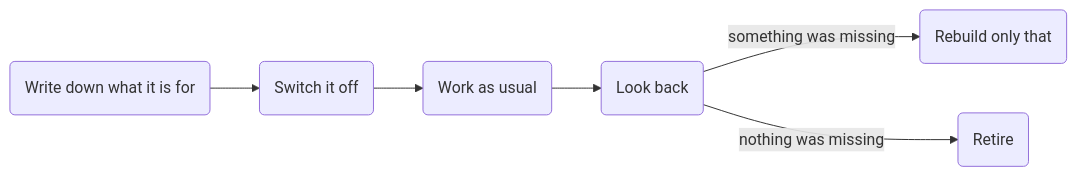
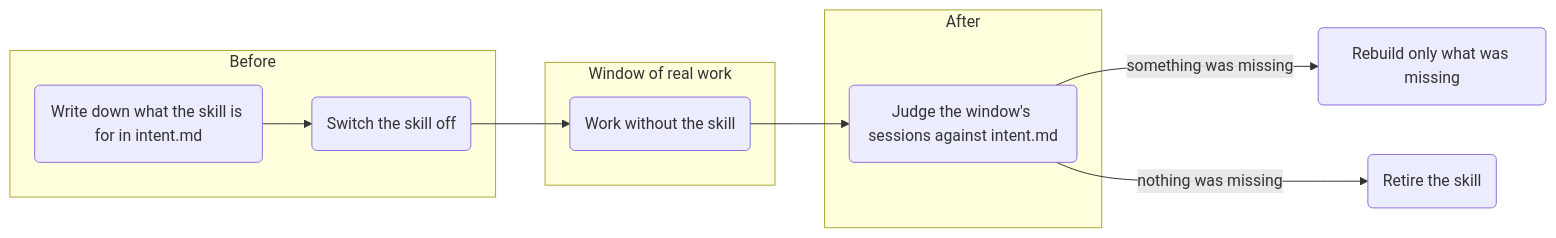
One commit to byMarcoVogt/skills changed the diagram in earn-its-place/README.md. Above: the diagram before and after it, drawn with Mermaid. The commit also changed other lines of this file and 4 other files, not shown here.

````diff
--- a/earn-its-place/README.md
+++ b/earn-its-place/README.md
@@ -3,6 +3,15 @@
 ```mermaid
 flowchart LR
-  I(Write down what it is for) --> B(Switch it off) --> W(Work as usual) --> A(Look back)
-  A -->|something was missing| R(Rebuild only that)
-  A -->|nothing was missing| X(Retire)
+  subgraph Before
+    I(Write down what the skill is for in intent.md) --> O(Switch the skill off)
+  end
+  subgraph Window["Window of real work"]
+    W(Work without the skill)
+  end
+  subgraph After
+    J(Judge the window's sessions against intent.md)
+  end
+  O --> W --> J
+  J -->|something was missing| R(Rebuild only what was missing)
+  J -->|nothing was missing| X(Retire the skill)
 ```
````
